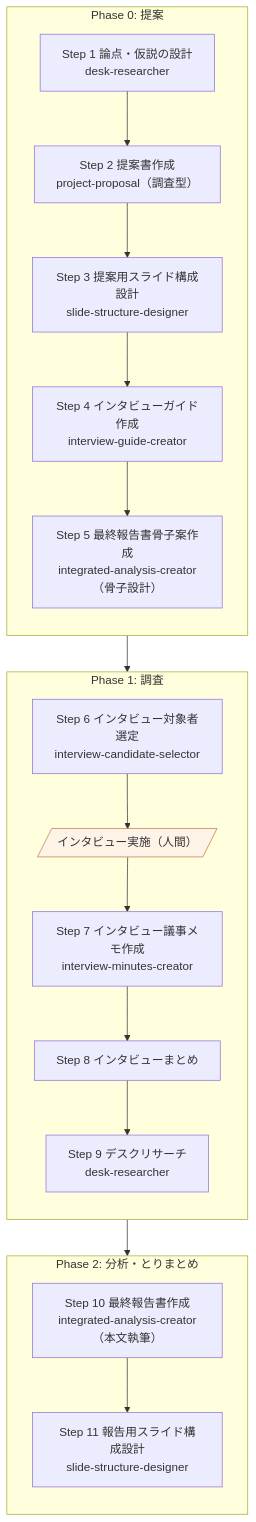
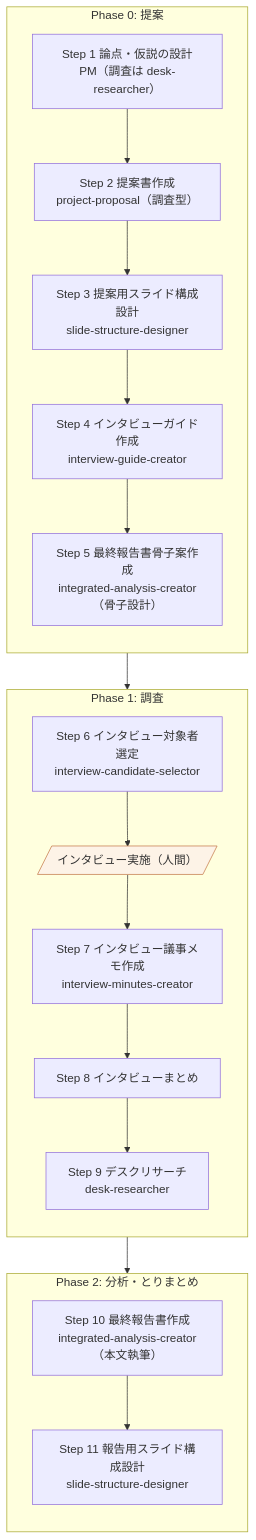
One commit to eight-hundred-inc/consulting-toolkit-800 changed the second of 3 diagrams in README.md. Above: the diagram before and after it, drawn with Mermaid. The commit also changed other lines of this file and 16 other files, not shown here.

````diff
--- a/README.md
+++ b/README.md
@@ -292,33 +292,33 @@
 ```mermaid
 flowchart TB
     subgraph P0["Phase 0: 提案"]
         direction TB
-        S1["Step 1 論点・仮説の設計<br/>desk-researcher"]
+        S1["Step 1 論点・仮説の設計<br/>PM（調査は desk-researcher）"]
         S2["Step 2 提案書作成<br/>project-proposal（調査型）"]
         S3["Step 3 提案用スライド構成設計<br/>slide-structure-designer"]
         S4["Step 4 インタビューガイド作成<br/>interview-guide-creator"]
         S5["Step 5 最終報告書骨子案作成<br/>integrated-analysis-creator（骨子設計）"]
         S1 --> S2 --> S3 --> S4 --> S5
     end
 
     subgraph P1["Phase 1: 調査"]
         direction TB
         S6["Step 6 インタビュー対象者選定<br/>interview-candidate-selector"]
         H1[/"インタビュー実施（人間）"/]
         S7["Step 7 インタビュー議事メモ作成<br/>interview-minutes-creator"]
         S8["Step 8 インタビューまとめ"]
         S9["Step 9 デスクリサーチ<br/>desk-researcher"]
         S6 --> H1 --> S7 --> S8 --> S9
     end
 
     subgraph P2["Phase 2: 分析・とりまとめ"]
         direction TB
         S10["Step 10 最終報告書作成<br/>integrated-analysis-creator（本文執筆）"]
         S11["Step 11 報告用スライド構成設計<br/>slide-structure-designer"]
         S10 --> S11
     end
 
     P0 --> P1 --> P2
 
     style H1 fill:#fdf3e7,stroke:#c47a4a
 ```
````
